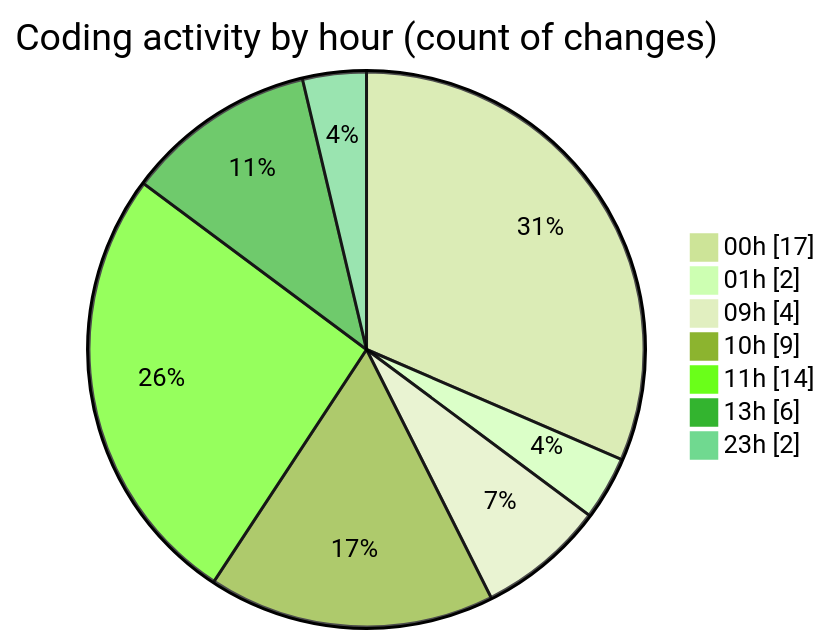
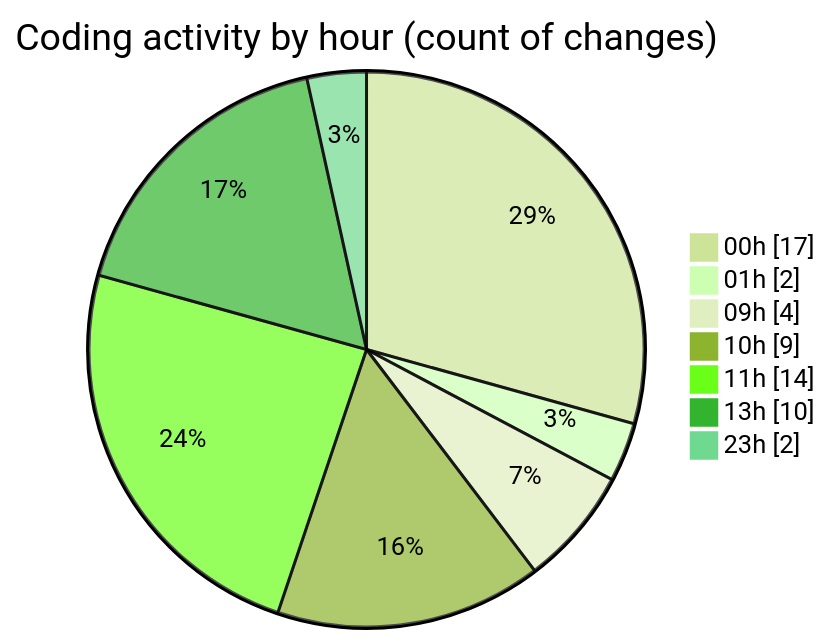
Before and after one commit to julien-gomy/code-tracking: the second of 2 diagrams in 2025-10-29/eventscop-frontend-guide__workspace_/README.md, drawn with Mermaid (forest theme). The commit also changed other lines of this file and 1 other file, not shown here.

````diff
--- a/2025-10-29/eventscop-frontend-guide__workspace_/README.md
+++ b/2025-10-29/eventscop-frontend-guide__workspace_/README.md
@@ -44,11 +44,11 @@
 ```mermaid
 pie showData
 title Coding activity by hour (count of changes)
 "00h" : 17
 "01h" : 2
 "09h" : 4
 "10h" : 9
 "11h" : 14
-"13h" : 6
+"13h" : 10
 "23h" : 2
 ```
````
